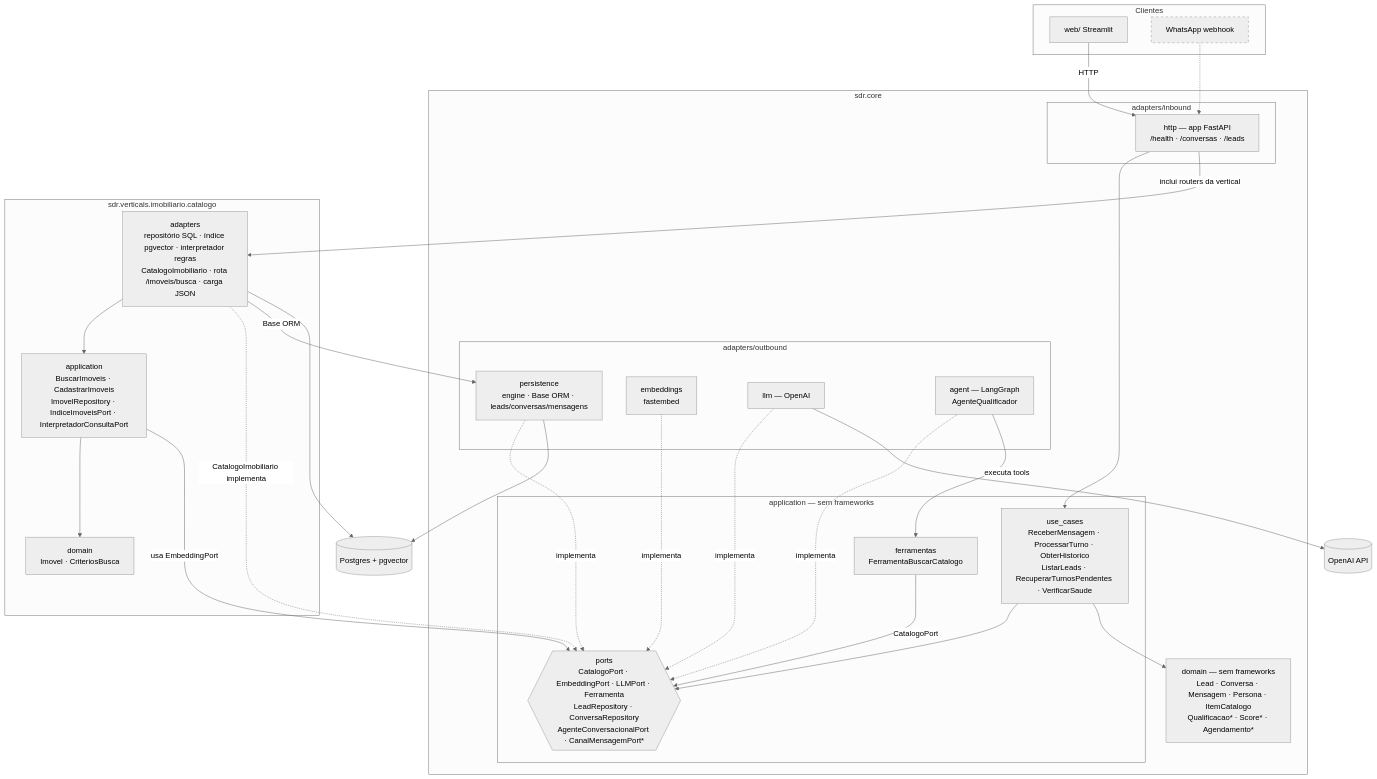
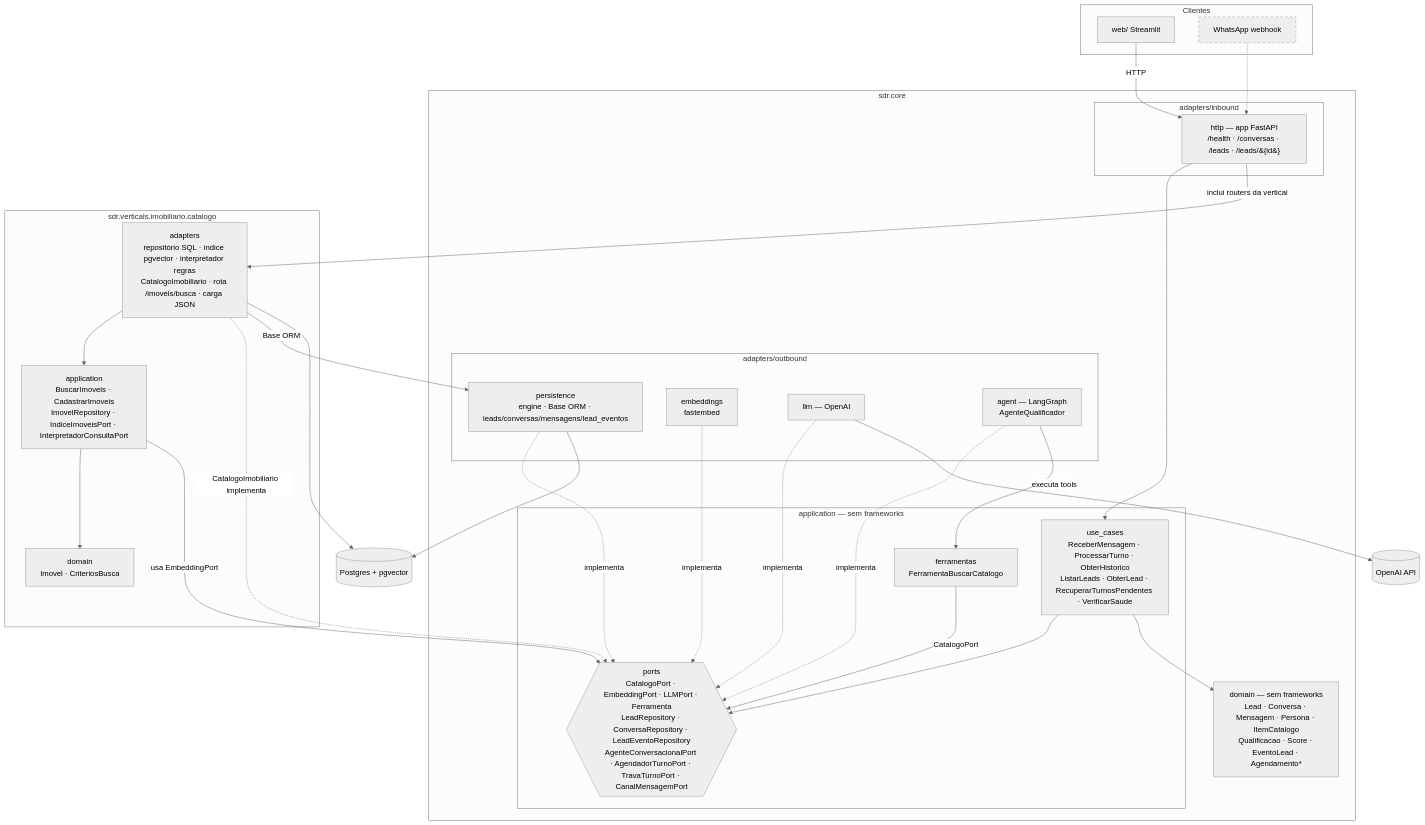
Before and after one commit to amaranini/tech-challenge-fase-5: the third of 11 diagrams in docs/arquitetura.md, drawn with Mermaid (neutral theme). The commit also changed other lines of this file and 30 other files, not shown here.

````diff
--- a/docs/arquitetura.md
+++ b/docs/arquitetura.md
@@ -86,57 +88,57 @@
 ```mermaid
 flowchart TB
     subgraph clientes[Clientes]
         web[web/ Streamlit]
         wpp[WhatsApp webhook]:::futuro
     end
 
     subgraph core[sdr.core]
         subgraph cin[adapters/inbound]
-            http[http — app FastAPI<br/>/health · /conversas · /leads]
+            http[http — app FastAPI<br/>/health · /conversas · /leads · /leads/&#123;id&#125;]
         end
         subgraph capp[application — sem frameworks]
-            cuc[use_cases<br/>ReceberMensagem · ProcessarTurno · ObterHistorico<br/>ListarLeads · RecuperarTurnosPendentes · VerificarSaude]
-            cports{{ports<br/>CatalogoPort · EmbeddingPort · LLMPort · Ferramenta<br/>LeadRepository · ConversaRepository<br/>AgenteConversacionalPort · CanalMensagemPort*}}
+            cuc[use_cases<br/>ReceberMensagem · ProcessarTurno · ObterHistorico<br/>ListarLeads · ObterLead · RecuperarTurnosPendentes · VerificarSaude]
+            cports{{ports<br/>CatalogoPort · EmbeddingPort · LLMPort · Ferramenta<br/>LeadRepository · ConversaRepository · LeadEventoRepository<br/>AgenteConversacionalPort · AgendadorTurnoPort · TravaTurnoPort · CanalMensagemPort}}
             cferr[ferramentas<br/>FerramentaBuscarCatalogo]
         end
-        cdom[domain — sem frameworks<br/>Lead · Conversa · Mensagem · Persona · ItemCatalogo<br/>Qualificacao* · Score* · Agendamento*]
+        cdom[domain — sem frameworks<br/>Lead · Conversa · Mensagem · Persona · ItemCatalogo<br/>Qualificacao · Score · EventoLead · Agendamento*]
         subgraph cout[adapters/outbound]
-            persist[persistence<br/>engine · Base ORM · leads/conversas/mensagens]
+            persist[persistence<br/>engine · Base ORM · leads/conversas/mensagens/lead_eventos]
             emb[embeddings<br/>fastembed]
             llm[llm — OpenAI]
             agent[agent — LangGraph<br/>AgenteQualificador]
         end
     end
 
     subgraph vcat[sdr.verticals.imobiliario.catalogo]
         vdom[domain<br/>Imovel · CriteriosBusca]
         vapp[application<br/>BuscarImoveis · CadastrarImoveis<br/>ImovelRepository · IndiceImoveisPort · InterpretadorConsultaPort]
         vad[adapters<br/>repositório SQL · índice pgvector · interpretador regras<br/>CatalogoImobiliario · rota /imoveis/busca · carga JSON]
     end
 
     pg[(Postgres + pgvector)]
     openaiapi[(OpenAI API)]
 
     web -- HTTP --> http
     wpp -.-> http
     http --> cuc --> cports
     cuc --> cdom
     persist -. implementa .-> cports
     emb -. implementa .-> cports
     llm -. implementa .-> cports
     agent -. implementa .-> cports
     agent -- "executa tools" --> cferr
     cferr -- CatalogoPort --> cports
 
     vad --> vapp --> vdom
     vad -. "CatalogoImobiliario implementa" .-> cports
     vapp -- usa EmbeddingPort --> cports
     vad -- "Base ORM" --> persist
     http -- "inclui routers da vertical" --> vad
 
     persist --> pg
     vad --> pg
     llm --> openaiapi
 
     classDef futuro stroke-dasharray: 5 5
 ```
````
